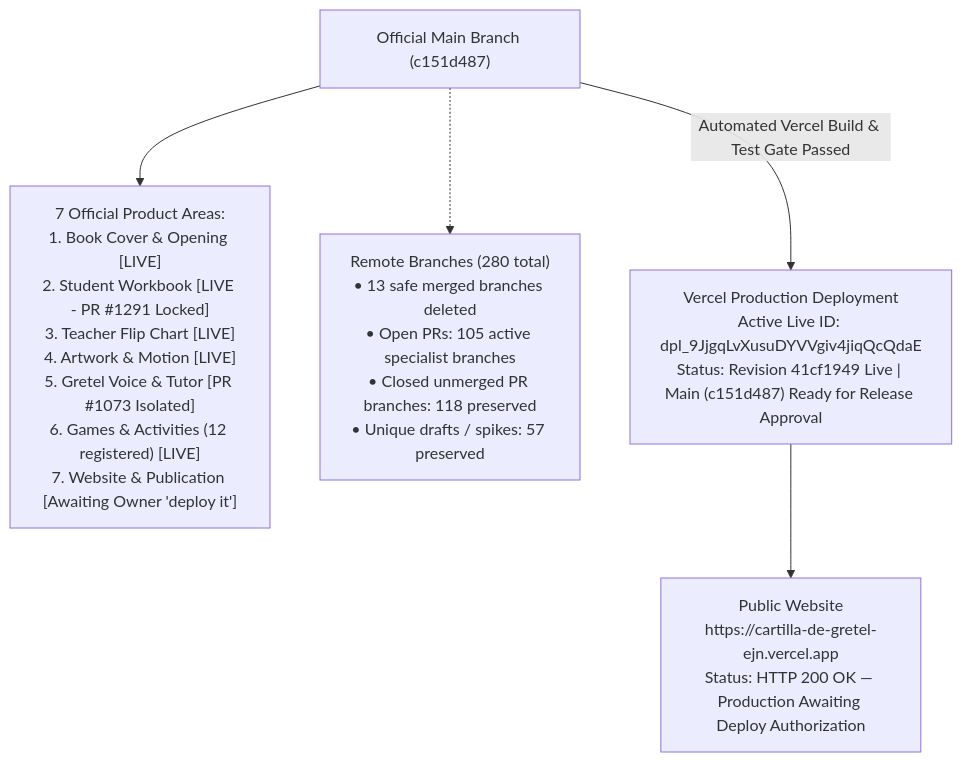
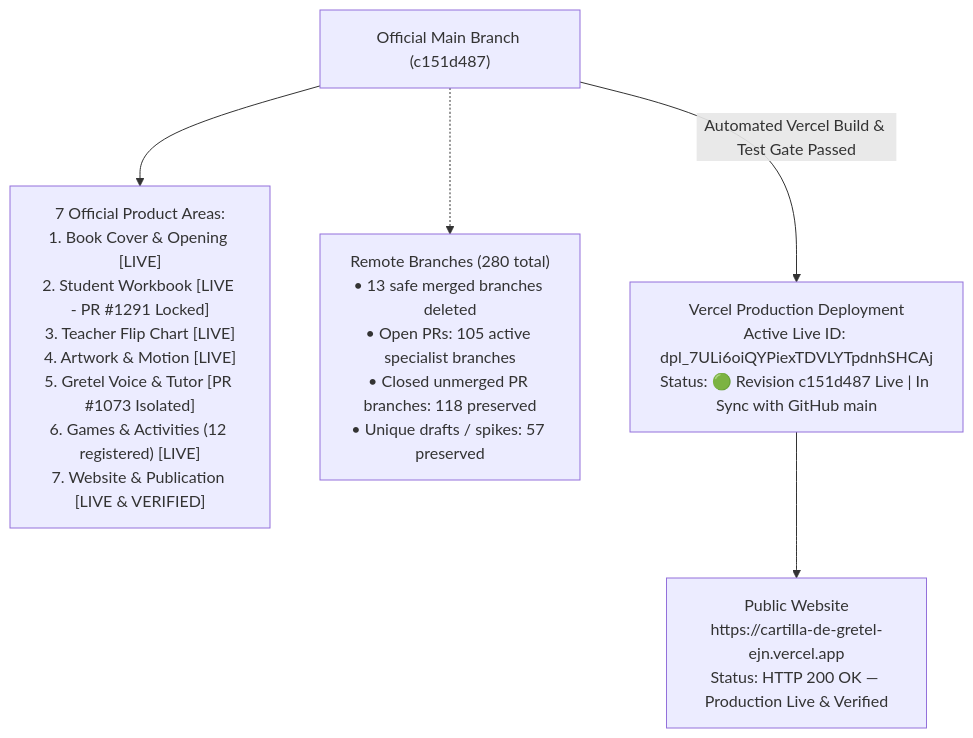
Before and after one commit to ejnburrows-rgb/cartilla-de-gretel: the first of 2 diagrams in docs/OWNER-VISUAL-STATUS.md, drawn with Mermaid. The commit also changed other lines of this file, not shown here.

Commit message:
docs(status): sync verified production deployment dpl_7ULi6oiQYPiexTDVLYTpdnhSHCAj on main (#1294)

````diff
--- a/docs/OWNER-VISUAL-STATUS.md
+++ b/docs/OWNER-VISUAL-STATUS.md
@@ -16,13 +16,13 @@
 ```mermaid
 flowchart TD
     MAIN["Official Main Branch (c151d487)"]
-    AREAS["7 Official Product Areas:<br/>1. Book Cover & Opening [LIVE]<br/>2. Student Workbook [LIVE - PR #1291 Locked]<br/>3. Teacher Flip Chart [LIVE]<br/>4. Artwork & Motion [LIVE]<br/>5. Gretel Voice & Tutor [PR #1073 Isolated]<br/>6. Games & Activities (12 registered) [LIVE]<br/>7. Website & Publication [Awaiting Owner 'deploy it']"]
+    AREAS["7 Official Product Areas:<br/>1. Book Cover & Opening [LIVE]<br/>2. Student Workbook [LIVE - PR #1291 Locked]<br/>3. Teacher Flip Chart [LIVE]<br/>4. Artwork & Motion [LIVE]<br/>5. Gretel Voice & Tutor [PR #1073 Isolated]<br/>6. Games & Activities (12 registered) [LIVE]<br/>7. Website & Publication [LIVE & VERIFIED]"]
     BRANCHES["Remote Branches (280 total)<br/>• 13 safe merged branches deleted<br/>• Open PRs: 105 active specialist branches<br/>• Closed unmerged PR branches: 118 preserved<br/>• Unique drafts / spikes: 57 preserved"]
-    VERCEL["Vercel Production Deployment<br/>Active Live ID: dpl_9JjgqLvXusuDYVVgiv4jiqQcQdaE<br/>Status: Revision 41cf1949 Live | Main (c151d487) Ready for Release Approval"]
-    LIVE["Public Website<br/>https://cartilla-de-gretel-ejn.vercel.app<br/>Status: HTTP 200 OK — Production Awaiting Deploy Authorization"]
+    VERCEL["Vercel Production Deployment<br/>Active Live ID: dpl_7ULi6oiQYPiexTDVLYTpdnhSHCAj<br/>Status: 🟢 Revision c151d487 Live | In Sync with GitHub main"]
+    LIVE["Public Website<br/>https://cartilla-de-gretel-ejn.vercel.app<br/>Status: HTTP 200 OK — Production Live & Verified"]
 
     MAIN --> AREAS
     MAIN -.-> BRANCHES
     MAIN -->|Automated Vercel Build & Test Gate Passed| VERCEL
     VERCEL --> LIVE
 ```
````
